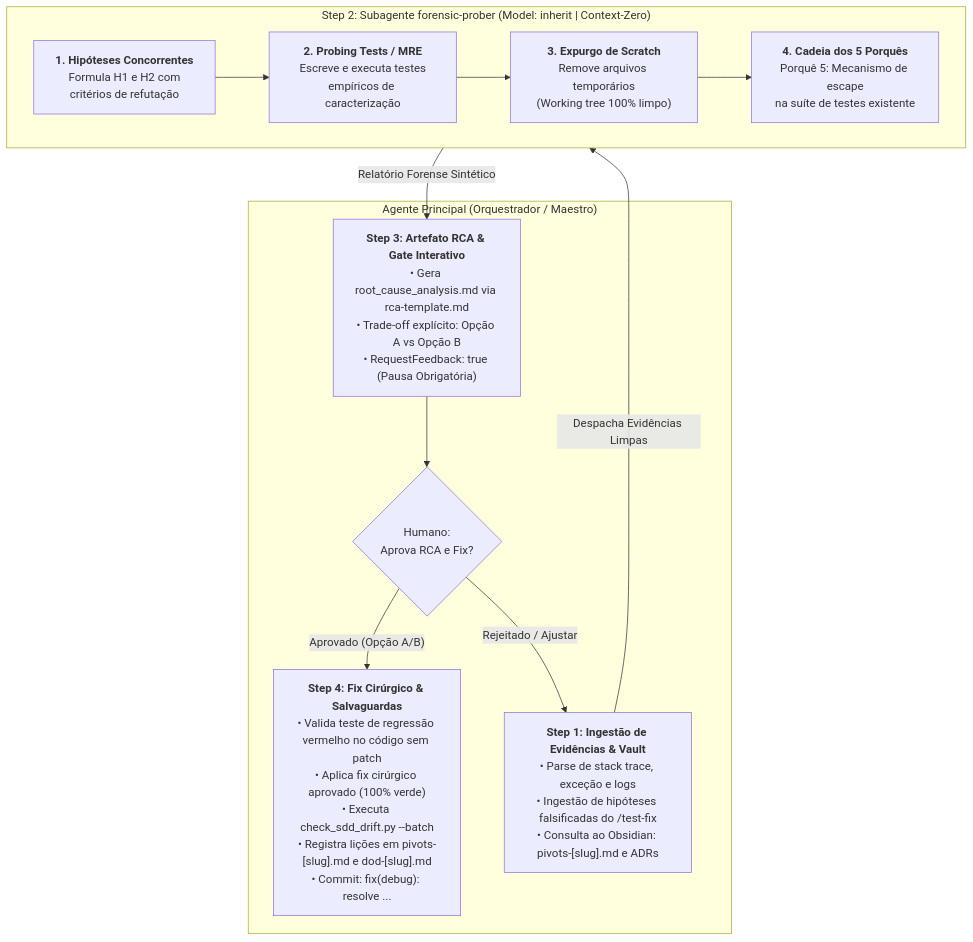
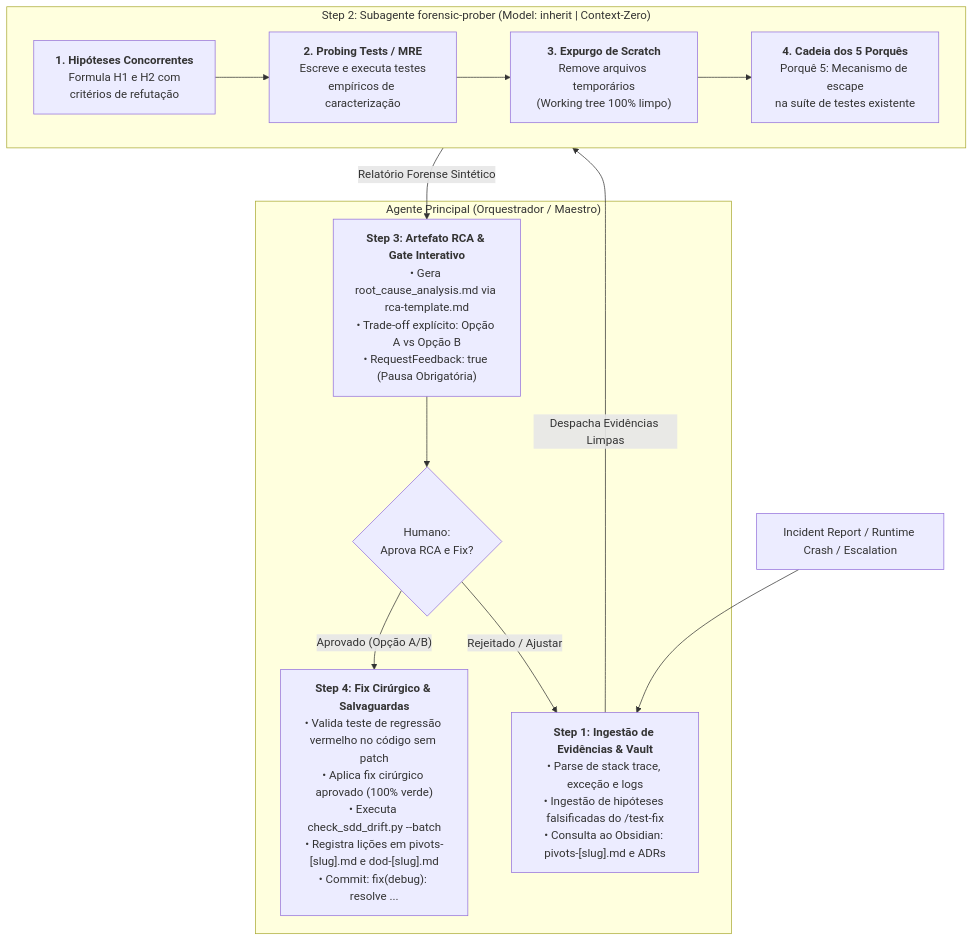
The diagram in doc/debug/README.md (MarcosVeniciu/antigravity-agentic-skills), drawn with Mermaid before and after one commit. The commit also changed 61 other files, not shown here.

````diff
--- a/doc/debug/README.md
+++ b/doc/debug/README.md
@@ -26,22 +26,23 @@
 ```mermaid
 flowchart TD
+    Crash["Incident Report / Runtime Crash / Escalation"] --> S1
     subgraph MainChat["Agente Principal (Orquestrador / Maestro)"]
         S1["<b>Step 1: Ingestão de Evidências & Vault</b><br/>• Parse de stack trace, exceção e logs<br/>• Ingestão de hipóteses falsificadas do /test-fix<br/>• Consulta ao Obsidian: pivots-[slug].md e ADRs"]
         S3["<b>Step 3: Artefato RCA & Gate Interativo</b><br/>• Gera root_cause_analysis.md via rca-template.md<br/>• Trade-off explícito: Opção A vs Opção B<br/>• RequestFeedback: true (Pausa Obrigatória)"]
         G1{"Humano:<br/>Aprova RCA e Fix?"}
         S4["<b>Step 4: Fix Cirúrgico & Salvaguardas</b><br/>• Valida teste de regressão vermelho no código sem patch<br/>• Aplica fix cirúrgico aprovado (100% verde)<br/>• Executa check_sdd_drift.py --batch<br/>• Registra lições em pivots-[slug].md e dod-[slug].md<br/>• Commit: fix(debug): resolve ..."]
     end
 
     subgraph SubProber["Step 2: Subagente forensic-prober (Model: inherit | Context-Zero)"]
         direction LR
         H["<b>1. Hipóteses Concorrentes</b><br/>Formula H1 e H2 com<br/>critérios de refutação"] --> P["<b>2. Probing Tests / MRE</b><br/>Escreve e executa testes<br/>empíricos de caracterização"]
         P --> C["<b>3. Expurgo de Scratch</b><br/>Remove arquivos temporários<br/>(Working tree 100% limpo)"]
         C --> W["<b>4. Cadeia dos 5 Porquês</b><br/>Porquê 5: Mecanismo de escape<br/>na suíte de testes existente"]
     end
 
     S1 -->|"Despacha Evidências Limpas"| H
     W -->|"Relatório Forense Sintético"| S3
     S3 --> G1
     G1 -->|"Aprovado (Opção A/B)"| S4
     G1 -->|"Rejeitado / Ajustar"| S1
 ```
````
